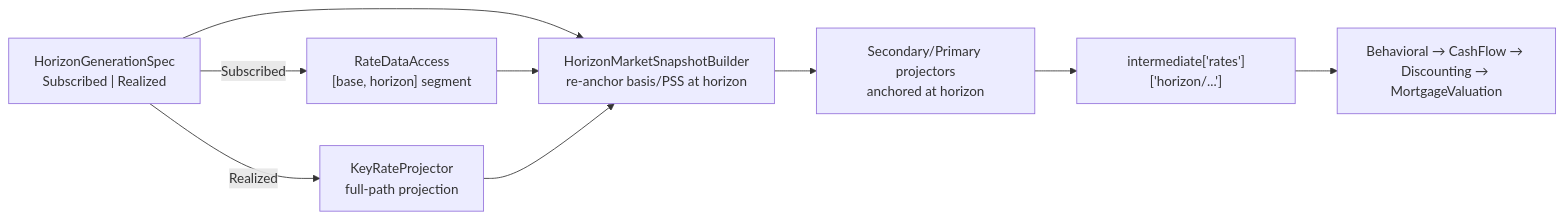
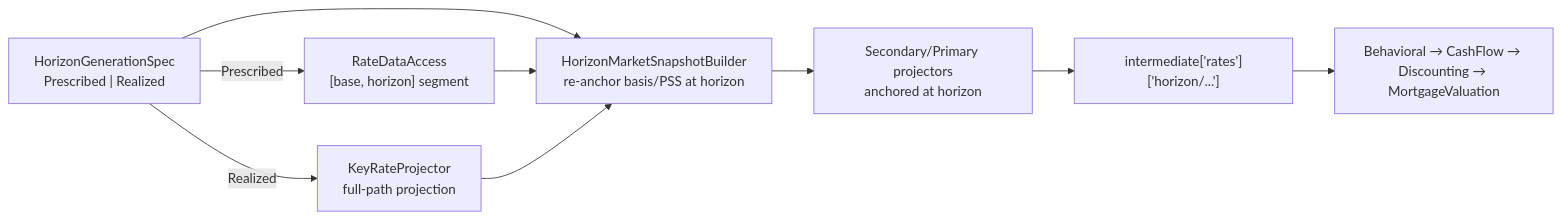
One commit to XudongSunSF/vapi changed the fourth of 10 diagrams in RateGenerationModelSuiteRedesign.md. Above: the diagram before and after it, drawn with Mermaid. The commit also changed other lines of this file and 2 other files, not shown here.

````diff
--- a/RateGenerationModelSuiteRedesign.md
+++ b/RateGenerationModelSuiteRedesign.md
@@ -976,11 +1049,11 @@
 ```mermaid
 flowchart LR
-  S["HorizonGenerationSpec<br/>Subscribed | Realized"] --> HB["HorizonMarketSnapshotBuilder<br/>re-anchor basis/PSS at horizon"]
-  S -->|Subscribed| RDS["RateDataAccess<br/>[base, horizon] segment"]
+  S["HorizonGenerationSpec<br/>Prescribed | Realized"] --> HB["HorizonMarketSnapshotBuilder<br/>re-anchor basis/PSS at horizon"]
+  S -->|Prescribed| RDS["RateDataAccess<br/>[base, horizon] segment"]
   S -->|Realized| IR["KeyRateProjector<br/>full-path projection"]
   RDS --> HB
   IR --> HB
   HB --> SEC["Secondary/Primary projectors<br/>anchored at horizon"]
   SEC --> PUB["intermediate['rates']['horizon/...']"]
   PUB --> DOWN["Behavioral → CashFlow → Discounting → MortgageValuation"]
 ```
````
